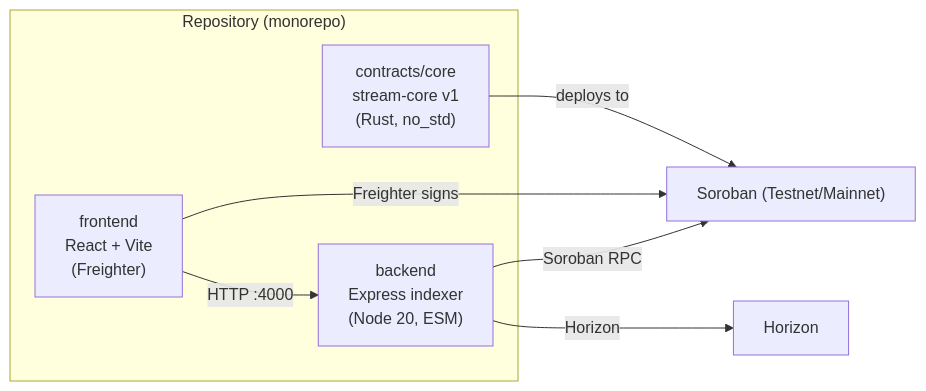
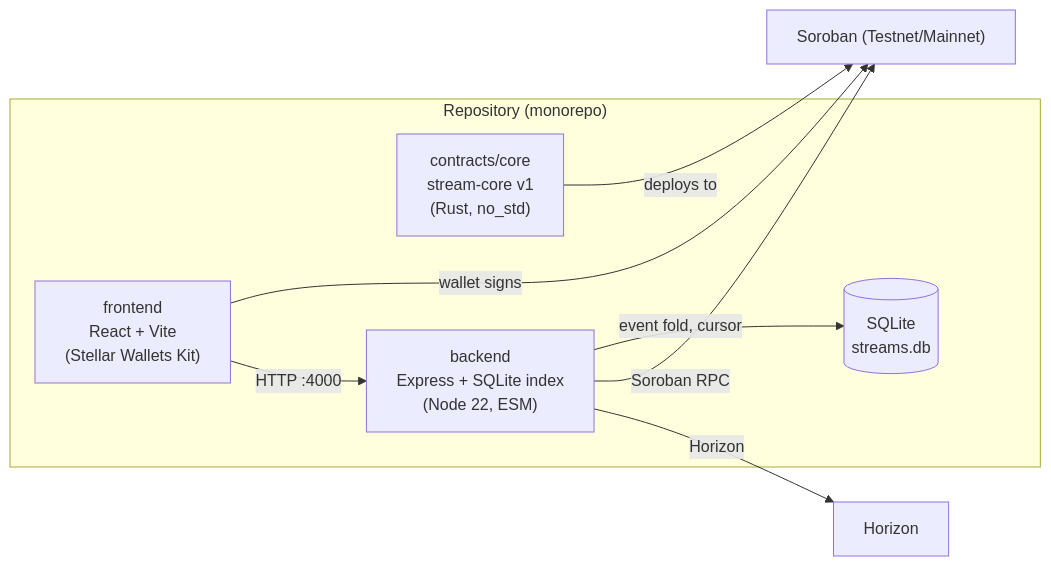
Before and after one commit to SorobanStream-Network/stellar-stream-pay: the second of 3 diagrams in docs/architecture.md, drawn with Mermaid. The commit also changed other lines of this file and 3 other files, not shown here.

First line of the commit message:
docs: describe the SQLite index, SSE API, and the new dashboard

````diff
--- a/docs/architecture.md
+++ b/docs/architecture.md
@@ -53,14 +53,16 @@
 ```mermaid
 flowchart LR
     subgraph repo["Repository (monorepo)"]
         CORE["contracts/core<br/>stream-core v1<br/>(Rust, no_std)"]
-        API["backend<br/>Express indexer<br/>(Node 20, ESM)"]
-        DAPP["frontend<br/>React + Vite<br/>(Freighter)"]
+        API["backend<br/>Express + SQLite index<br/>(Node 22, ESM)"]
+        DB[("SQLite<br/>streams.db")]
+        DAPP["frontend<br/>React + Vite<br/>(Stellar Wallets Kit)"]
     end
 
     CORE -->|deploys to| CHAIN["Soroban (Testnet/Mainnet)"]
-    DAPP -->|Freighter signs| CHAIN
+    DAPP -->|wallet signs| CHAIN
     DAPP -->|HTTP :4000| API
+    API -->|event fold, cursor| DB
     API -->|Soroban RPC| CHAIN
     API -->|Horizon| HORIZON["Horizon"]
 ```
````
